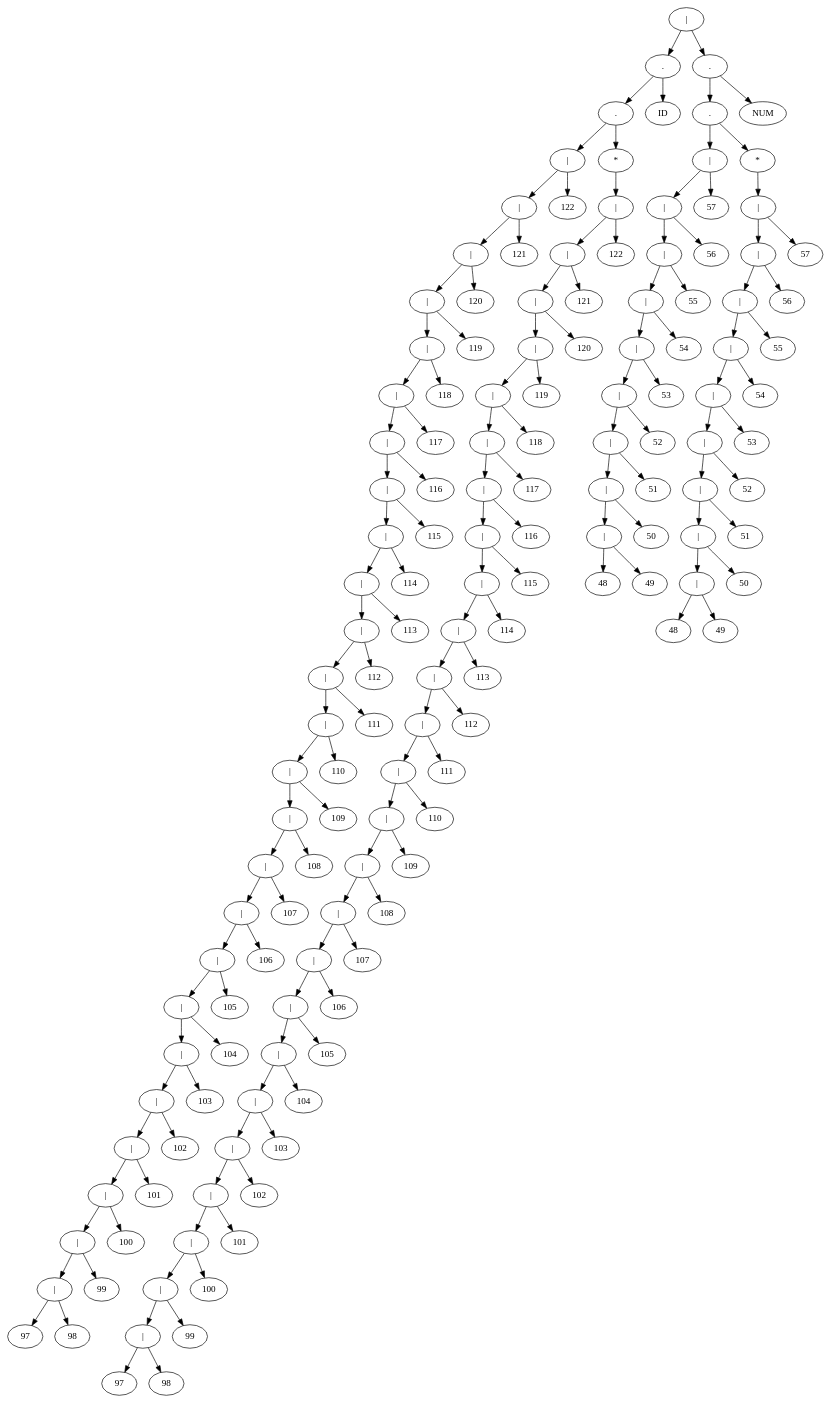
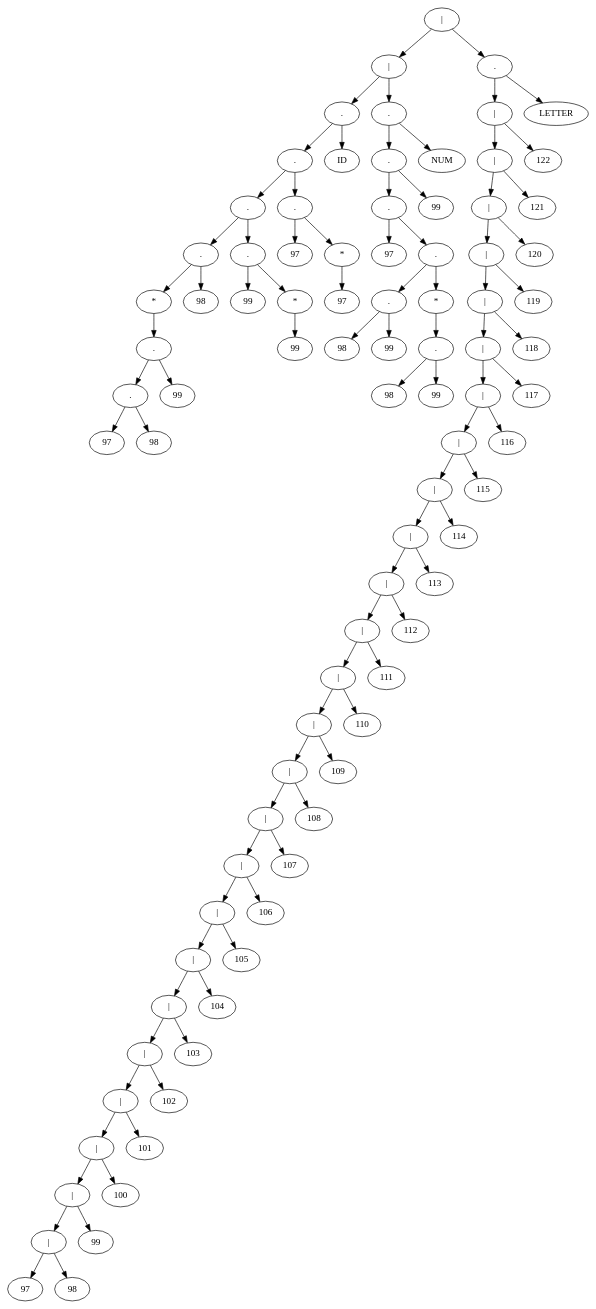
One commit to Danval-003/LexicalAnalyzer-LL1-SRL-Scanner changed the diagram in backend/src/afd/ast.dot. Above: the diagram before and after it, drawn with Graphviz. The commit also changed 7 other files, not shown here.

```diff
--- a/backend/src/afd/ast.dot
+++ b/backend/src/afd/ast.dot
@@ -4,227 +4,138 @@
 	Nb->Na;
 	Nb->N3;
 	Nc->Nb;
-	Nc->N4;
 	Nd->Nc;
-	Nd->N5;
-	Ne->Nd;
+	Nd->N4;
+	Ng->Nd;
+	Nf->N5;
 	Ne->N6;
 	Nf->Ne;
-	Nf->N7;
 	Ng->Nf;
-	Ng->N8;
-	Nh->Ng;
-	Nh->N9;
+	Nj->Ng;
+	Ni->N7;
+	Nh->N8;
 	Ni->Nh;
-	Ni->N10;
 	Nj->Ni;
-	Nj->N11;
-	Nk->Nj;
-	Nk->N12;
-	Nl->Nk;
+	NT8->Nj;
+	NT8->NTK8;
+	NO14->NT8;
+	No->N9;
+	Nk->N10;
+	Nk->N11;
+	Nn->Nk;
+	Nl->N12;
 	Nl->N13;
 	Nm->Nl;
-	Nm->N14;
 	Nn->Nm;
-	Nn->N15;
 	No->Nn;
-	No->N16;
 	Np->No;
-	Np->N17;
-	Nq->Np;
-	Nq->N18;
+	Np->N14;
+	NT14->Np;
+	NT14->NTK14;
+	NO14->NT14;
+	NO40->NO14;
+	Nq->N15;
+	Nq->N16;
 	Nr->Nq;
-	Nr->N19;
+	Nr->N17;
 	Ns->Nr;
-	Ns->N20;
+	Ns->N18;
 	Nt->Ns;
-	Nt->N21;
+	Nt->N19;
 	Nu->Nt;
-	Nu->N22;
+	Nu->N20;
 	Nv->Nu;
-	Nv->N23;
+	Nv->N21;
 	Nw->Nv;
-	Nw->N24;
+	Nw->N22;
 	Nx->Nw;
-	Nx->N25;
+	Nx->N23;
 	Ny->Nx;
-	Ny->N26;
-	Naz->Ny;
-	Nz->N27;
-	Nz->N28;
+	Ny->N24;
+	Nz->Ny;
+	Nz->N25;
 	Naa->Nz;
-	Naa->N29;
+	Naa->N26;
 	Nab->Naa;
-	Nab->N30;
+	Nab->N27;
 	Nac->Nab;
-	Nac->N31;
+	Nac->N28;
 	Nad->Nac;
-	Nad->N32;
+	Nad->N29;
 	Nae->Nad;
-	Nae->N33;
+	Nae->N30;
 	Naf->Nae;
-	Naf->N34;
+	Naf->N31;
 	Nag->Naf;
-	Nag->N35;
+	Nag->N32;
 	Nah->Nag;
-	Nah->N36;
+	Nah->N33;
 	Nai->Nah;
-	Nai->N37;
+	Nai->N34;
 	Naj->Nai;
-	Naj->N38;
+	Naj->N35;
 	Nak->Naj;
-	Nak->N39;
+	Nak->N36;
 	Nal->Nak;
-	Nal->N40;
+	Nal->N37;
 	Nam->Nal;
-	Nam->N41;
+	Nam->N38;
 	Nan->Nam;
-	Nan->N42;
+	Nan->N39;
 	Nao->Nan;
-	Nao->N43;
-	Nap->Nao;
-	Nap->N44;
-	Naq->Nap;
-	Naq->N45;
-	Nar->Naq;
-	Nar->N46;
-	Nas->Nar;
-	Nas->N47;
-	Nat->Nas;
-	Nat->N48;
-	Nau->Nat;
-	Nau->N49;
-	Nav->Nau;
-	Nav->N50;
-	Naw->Nav;
-	Naw->N51;
-	Nax->Naw;
-	Nax->N52;
-	Nay->Nax;
-	Naz->Nay;
-	NT52->Naz;
-	NT52->NTK52;
-	NO72->NT52;
-	Nba->N53;
-	Nba->N54;
-	Nbb->Nba;
-	Nbb->N55;
-	Nbc->Nbb;
-	Nbc->N56;
-	Nbd->Nbc;
-	Nbd->N57;
-	Nbe->Nbd;
-	Nbe->N58;
-	Nbf->Nbe;
-	Nbf->N59;
-	Nbg->Nbf;
-	Nbg->N60;
-	Nbh->Nbg;
-	Nbh->N61;
-	Nbi->Nbh;
-	Nbi->N62;
-	Nbt->Nbi;
-	Nbj->N63;
-	Nbj->N64;
-	Nbk->Nbj;
-	Nbk->N65;
-	Nbl->Nbk;
-	Nbl->N66;
-	Nbm->Nbl;
-	Nbm->N67;
-	Nbn->Nbm;
-	Nbn->N68;
-	Nbo->Nbn;
-	Nbo->N69;
-	Nbp->Nbo;
-	Nbp->N70;
-	Nbq->Nbp;
-	Nbq->N71;
-	Nbr->Nbq;
-	Nbr->N72;
-	Nbs->Nbr;
-	Nbt->Nbs;
-	NT72->Nbt;
-	NT72->NTK72;
-	NO72->NT72;
+	Nao->N40;
+	NT40->Nao;
+	NT40->NTK40;
+	NO40->NT40;
 	N1 [ label="97" ];
-	N10 [ label="106" ];
-	N11 [ label="107" ];
-	N12 [ label="108" ];
-	N13 [ label="109" ];
-	N14 [ label="110" ];
-	N15 [ label="111" ];
-	N16 [ label="112" ];
-	N17 [ label="113" ];
-	N18 [ label="114" ];
-	N19 [ label="115" ];
+	N10 [ label="98" ];
+	N11 [ label="99" ];
+	N12 [ label="98" ];
+	N13 [ label="99" ];
+	N14 [ label="99" ];
+	N15 [ label="97" ];
+	N16 [ label="98" ];
+	N17 [ label="99" ];
+	N18 [ label="100" ];
+	N19 [ label="101" ];
 	N2 [ label="98" ];
-	N20 [ label="116" ];
-	N21 [ label="117" ];
-	N22 [ label="118" ];
-	N23 [ label="119" ];
-	N24 [ label="120" ];
-	N25 [ label="121" ];
-	N26 [ label="122" ];
-	N27 [ label="97" ];
-	N28 [ label="98" ];
-	N29 [ label="99" ];
+	N20 [ label="102" ];
+	N21 [ label="103" ];
+	N22 [ label="104" ];
+	N23 [ label="105" ];
+	N24 [ label="106" ];
+	N25 [ label="107" ];
+	N26 [ label="108" ];
+	N27 [ label="109" ];
+	N28 [ label="110" ];
+	N29 [ label="111" ];
 	N3 [ label="99" ];
-	N30 [ label="100" ];
-	N31 [ label="101" ];
-	N32 [ label="102" ];
-	N33 [ label="103" ];
-	N34 [ label="104" ];
-	N35 [ label="105" ];
-	N36 [ label="106" ];
-	N37 [ label="107" ];
-	N38 [ label="108" ];
-	N39 [ label="109" ];
-	N4 [ label="100" ];
-	N40 [ label="110" ];
-	N41 [ label="111" ];
-	N42 [ label="112" ];
-	N43 [ label="113" ];
-	N44 [ label="114" ];
-	N45 [ label="115" ];
-	N46 [ label="116" ];
-	N47 [ label="117" ];
-	N48 [ label="118" ];
-	N49 [ label="119" ];
-	N5 [ label="101" ];
-	N50 [ label="120" ];
-	N51 [ label="121" ];
-	N52 [ label="122" ];
-	N53 [ label="48" ];
-	N54 [ label="49" ];
-	N55 [ label="50" ];
-	N56 [ label="51" ];
-	N57 [ label="52" ];
-	N58 [ label="53" ];
-	N59 [ label="54" ];
-	N6 [ label="102" ];
-	N60 [ label="55" ];
-	N61 [ label="56" ];
-	N62 [ label="57" ];
-	N63 [ label="48" ];
-	N64 [ label="49" ];
-	N65 [ label="50" ];
-	N66 [ label="51" ];
-	N67 [ label="52" ];
-	N68 [ label="53" ];
-	N69 [ label="54" ];
-	N7 [ label="103" ];
-	N70 [ label="55" ];
-	N71 [ label="56" ];
-	N72 [ label="57" ];
-	N8 [ label="104" ];
-	N9 [ label="105" ];
-	NO72 [ label="|" ];
-	NT52 [ label="." ];
-	NT72 [ label="." ];
-	NTK52 [ label="ID" ];
-	NTK72 [ label="NUM" ];
-	Na [ label="|" ];
+	N30 [ label="112" ];
+	N31 [ label="113" ];
+	N32 [ label="114" ];
+	N33 [ label="115" ];
+	N34 [ label="116" ];
+	N35 [ label="117" ];
+	N36 [ label="118" ];
+	N37 [ label="119" ];
+	N38 [ label="120" ];
+	N39 [ label="121" ];
+	N4 [ label="98" ];
+	N40 [ label="122" ];
+	N5 [ label="99" ];
+	N6 [ label="99" ];
+	N7 [ label="97" ];
+	N8 [ label="97" ];
+	N9 [ label="97" ];
+	NO14 [ label="|" ];
+	NO40 [ label="|" ];
+	NT14 [ label="." ];
+	NT40 [ label="." ];
+	NT8 [ label="." ];
+	NTK14 [ label="NUM" ];
+	NTK40 [ label="LETTER" ];
+	NTK8 [ label="ID" ];
+	Na [ label="." ];
 	Naa [ label="|" ];
 	Nab [ label="|" ];
 	Nac [ label="|" ];
@@ -240,52 +151,21 @@
 	Nam [ label="|" ];
 	Nan [ label="|" ];
 	Nao [ label="|" ];
-	Nap [ label="|" ];
-	Naq [ label="|" ];
-	Nar [ label="|" ];
-	Nas [ label="|" ];
-	Nat [ label="|" ];
-	Nau [ label="|" ];
-	Nav [ label="|" ];
-	Naw [ label="|" ];
-	Nax [ label="|" ];
-	Nay [ label="*" ];
-	Naz [ label="." ];
-	Nb [ label="|" ];
-	Nba [ label="|" ];
-	Nbb [ label="|" ];
-	Nbc [ label="|" ];
-	Nbd [ label="|" ];
-	Nbe [ label="|" ];
-	Nbf [ label="|" ];
-	Nbg [ label="|" ];
-	Nbh [ label="|" ];
-	Nbi [ label="|" ];
-	Nbj [ label="|" ];
-	Nbk [ label="|" ];
-	Nbl [ label="|" ];
-	Nbm [ label="|" ];
-	Nbn [ label="|" ];
-	Nbo [ label="|" ];
-	Nbp [ label="|" ];
-	Nbq [ label="|" ];
-	Nbr [ label="|" ];
-	Nbs [ label="*" ];
-	Nbt [ label="." ];
-	Nc [ label="|" ];
-	Nd [ label="|" ];
-	Ne [ label="|" ];
-	Nf [ label="|" ];
-	Ng [ label="|" ];
-	Nh [ label="|" ];
-	Ni [ label="|" ];
-	Nj [ label="|" ];
-	Nk [ label="|" ];
-	Nl [ label="|" ];
-	Nm [ label="|" ];
-	Nn [ label="|" ];
-	No [ label="|" ];
-	Np [ label="|" ];
+	Nb [ label="." ];
+	Nc [ label="*" ];
+	Nd [ label="." ];
+	Ne [ label="*" ];
+	Nf [ label="." ];
+	Ng [ label="." ];
+	Nh [ label="*" ];
+	Ni [ label="." ];
+	Nj [ label="." ];
+	Nk [ label="." ];
+	Nl [ label="." ];
+	Nm [ label="*" ];
+	Nn [ label="." ];
+	No [ label="." ];
+	Np [ label="." ];
 	Nq [ label="|" ];
 	Nr [ label="|" ];
 	Ns [ label="|" ];
```
